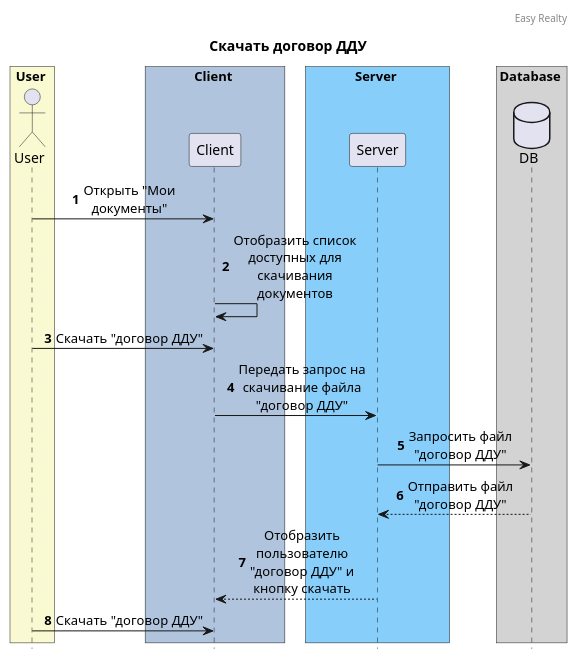
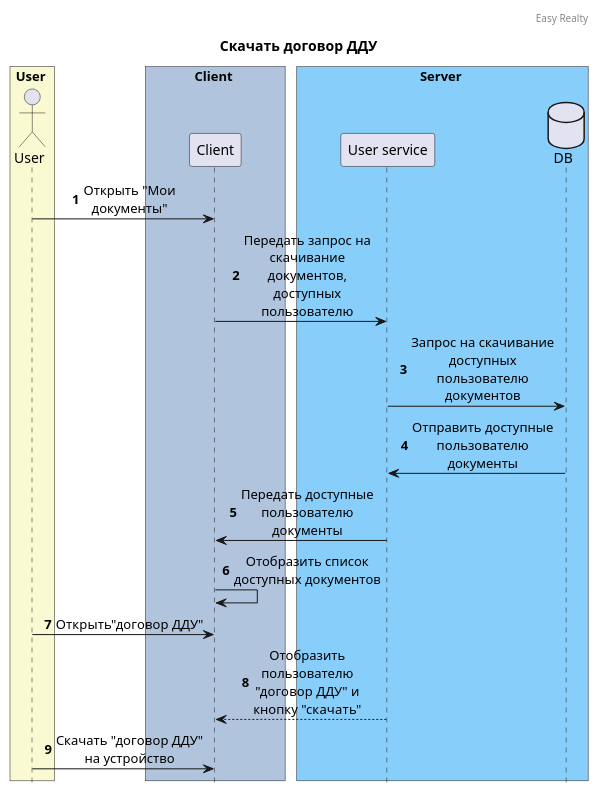
The diagram in easy realty.wsd (Varvarkae/AnalystBoost6), drawn with PlantUML before and after one commit. The commit also changed 1 other file, not shown here.

```diff
--- a/easy realty.wsd
+++ b/easy realty.wsd
@@ -1,36 +1,36 @@
 @startuml
 autonumber
 hide footbox
 skinparam Maxmessagesize 150
 skinparam sequence{
 ParticipantPadding 40
 DatabaseBackgroundColor Wheat
 MessageAlign center
 }
 
 header Easy Realty
 title Скачать договор ДДУ
 
 
 box User #LightGoldenRodYellow
 Actor "User" as u order 10 
 end box
 box Client #LightSteelBlue
 Participant "Client" as c order 20
 end box
 box Server #LightSkyBlue
-Participant "Server" as s order 30
-end box
-box Database #LightGrey
+Participant "User service" as s order 30
 Database "DB" as dab order 40
 end box
+
 u -> c: Открыть "Мои документы"
-c -> c: Отобразить список доступных для скачивания документов
-u -> c: Скачать "договор ДДУ"
-c -> s: Передать запрос на скачивание файла "договор ДДУ"
-s -> dab: Запросить файл "договор ДДУ"
-dab --> s: Отправить файл "договор ДДУ"
-s --> c: Отобразить пользователю "договор ДДУ" и кнопку скачать
-u -> c: Скачать "договор ДДУ"
+c -> s: Передать запрос на скачивание документов, доступных пользователю
+s -> dab: Запрос на скачивание доступных пользователю документов
+dab -> s: Отправить доступные пользователю документы
+s -> c: Передать доступные пользователю документы
+c -> c: Отобразить список доступных документов
+u -> c: Открыть"договор ДДУ"
+s --> c: Отобразить пользователю "договор ДДУ" и кнопку "скачать"
+u -> c: Скачать "договор ДДУ" на устройство
 
 @enduml
```
